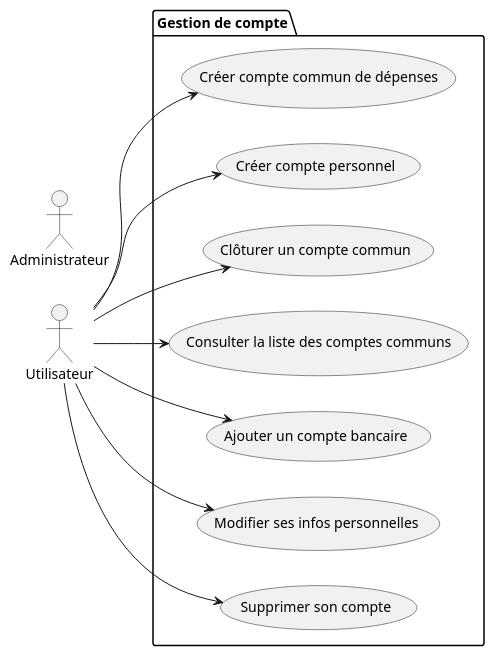
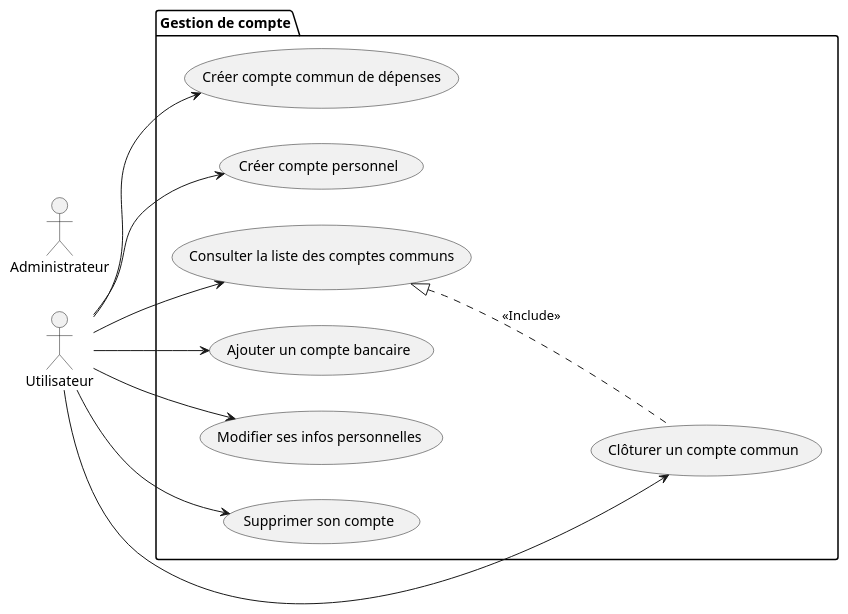
One commit to lmtb06/sharecount changed the diagram in diagrammes/specification/cas-utilisation/package-gestiondecompte.puml. Above: the diagram before and after it, drawn with PlantUML. The commit also changed 11 other files, not shown here.

Commit message:
Modification des diagrammes de séquence

```diff
--- a/diagrammes/specification/cas-utilisation/package-gestiondecompte.puml
+++ b/diagrammes/specification/cas-utilisation/package-gestiondecompte.puml
@@ -1,26 +1,29 @@
 @startuml Cas utilisation - Gestion de compte
 left to right direction
 
 actor "Utilisateur" as User
 
 actor "Administrateur" as Admin
 
 package "Gestion de compte"{
 	usecase "Créer compte commun de dépenses" as cccd
 	usecase "Créer compte personnel" as ccp
 	usecase "Clôturer un compte commun" as ccc
 	usecase "Consulter la liste des comptes communs" as clcc
 	usecase "Ajouter un compte bancaire" as acb
 	usecase "Modifier ses infos personnelles" as msip
 	usecase "Supprimer son compte" as ssc
+
+	clcc <|.. ccc : <<Include>>
+
 }
 
 User --> cccd
 User --> msip
 User --> ssc
 User --> ccp
 User --> ccc
 User --> clcc
 User --> acb
 
 @enduml
```
